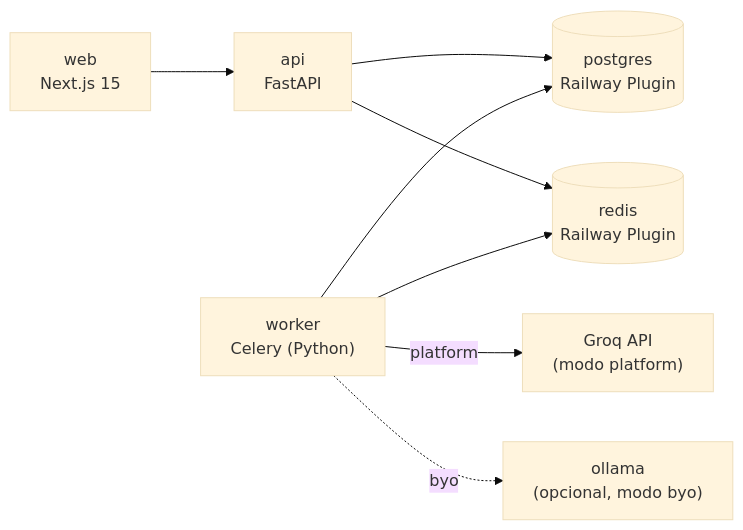
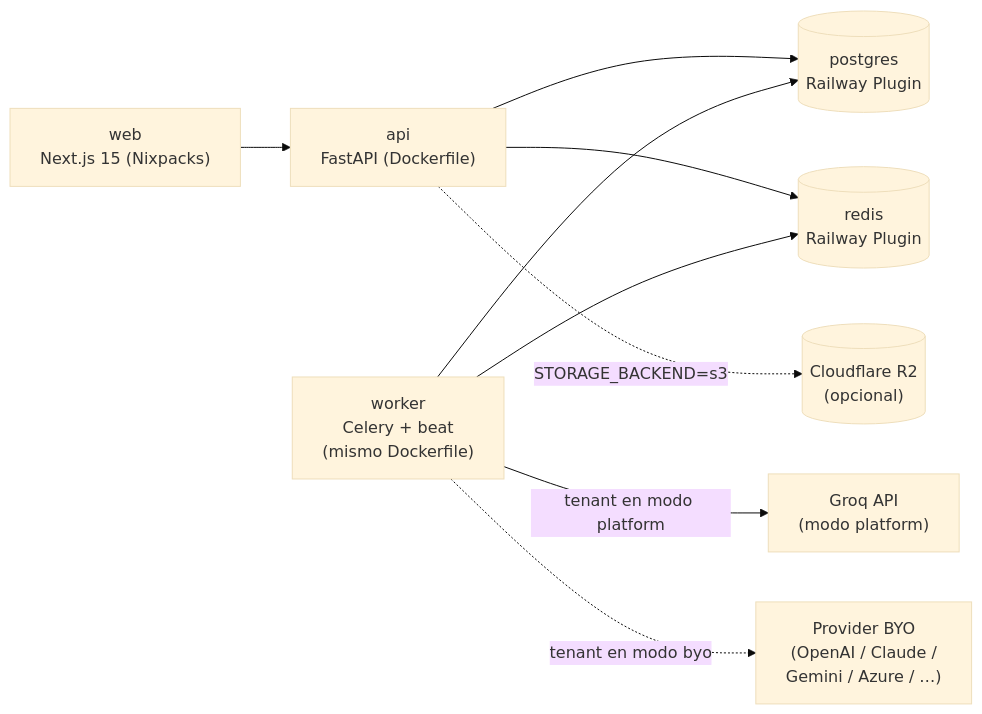
One commit to xguilxr/pmo_aas changed the diagram in docs/architecture/deployment-railway.md. Above: the diagram before and after it, drawn with Mermaid (base theme). The commit also changed other lines of this file and 6 other files, not shown here.

First line of the commit message:
docs(arch): reescribe architecture/ contra código real

````diff
--- a/docs/architecture/deployment-railway.md
+++ b/docs/architecture/deployment-railway.md
@@ -11,18 +12,20 @@
 ```mermaid
 flowchart LR
-    WEB["web<br/>Next.js 15"]
-    API["api<br/>FastAPI"]
-    WORKER["worker<br/>Celery (Python)"]
+    WEB["web<br/>Next.js 15 (Nixpacks)"]
+    API["api<br/>FastAPI (Dockerfile)"]
+    WORKER["worker<br/>Celery + beat<br/>(mismo Dockerfile)"]
     DB[("postgres<br/>Railway Plugin")]
     REDIS[("redis<br/>Railway Plugin")]
     GROQ["Groq API<br/>(modo platform)"]
-    OLLAMA["ollama<br/>(opcional, modo byo)"]
+    BYO["Provider BYO<br/>(OpenAI / Claude /<br/>Gemini / Azure / …)"]
+    R2[("Cloudflare R2<br/>(opcional)")]
 
     WEB --> API
     API --> DB
     API --> REDIS
+    API -.->|STORAGE_BACKEND=s3| R2
     WORKER --> DB
     WORKER --> REDIS
-    WORKER -->|platform| GROQ
-    WORKER -.->|byo| OLLAMA
+    WORKER -->|tenant en modo platform| GROQ
+    WORKER -.->|tenant en modo byo| BYO
 ```
````
